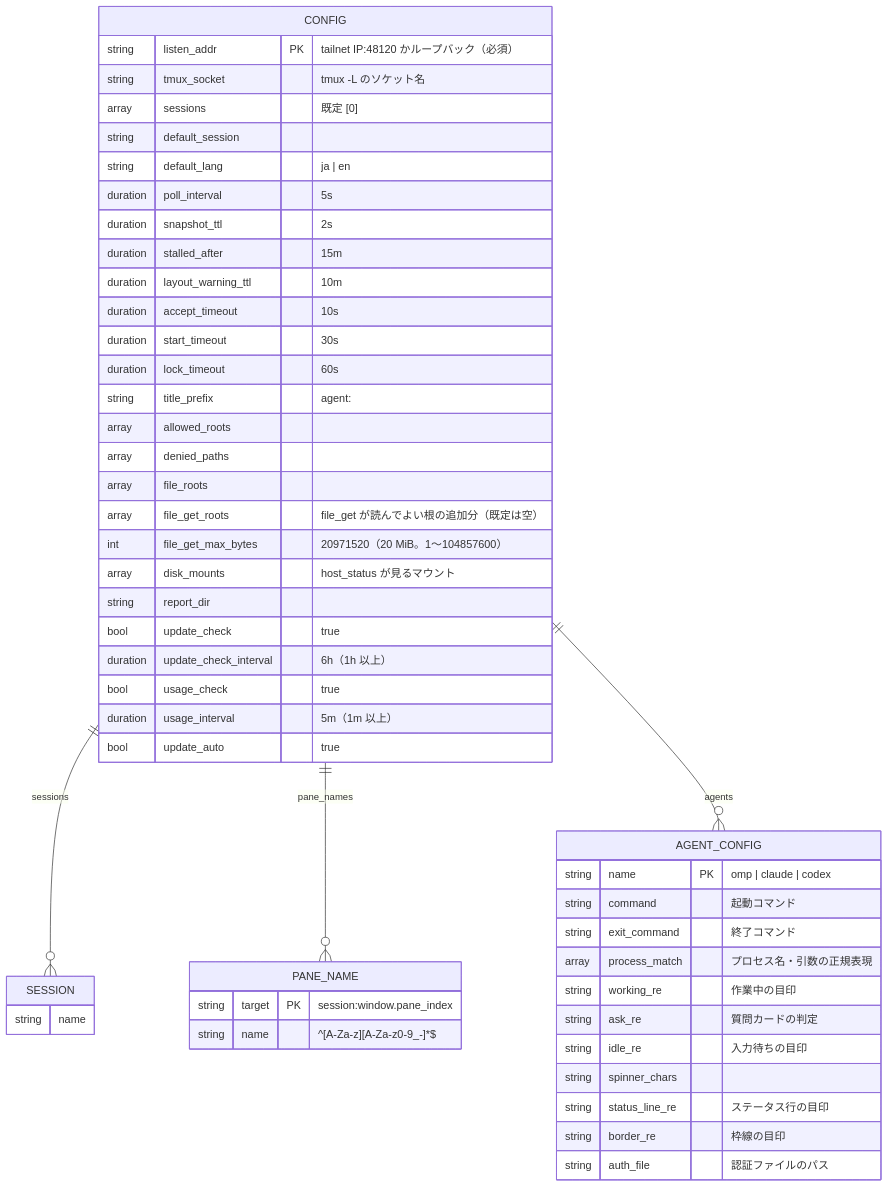
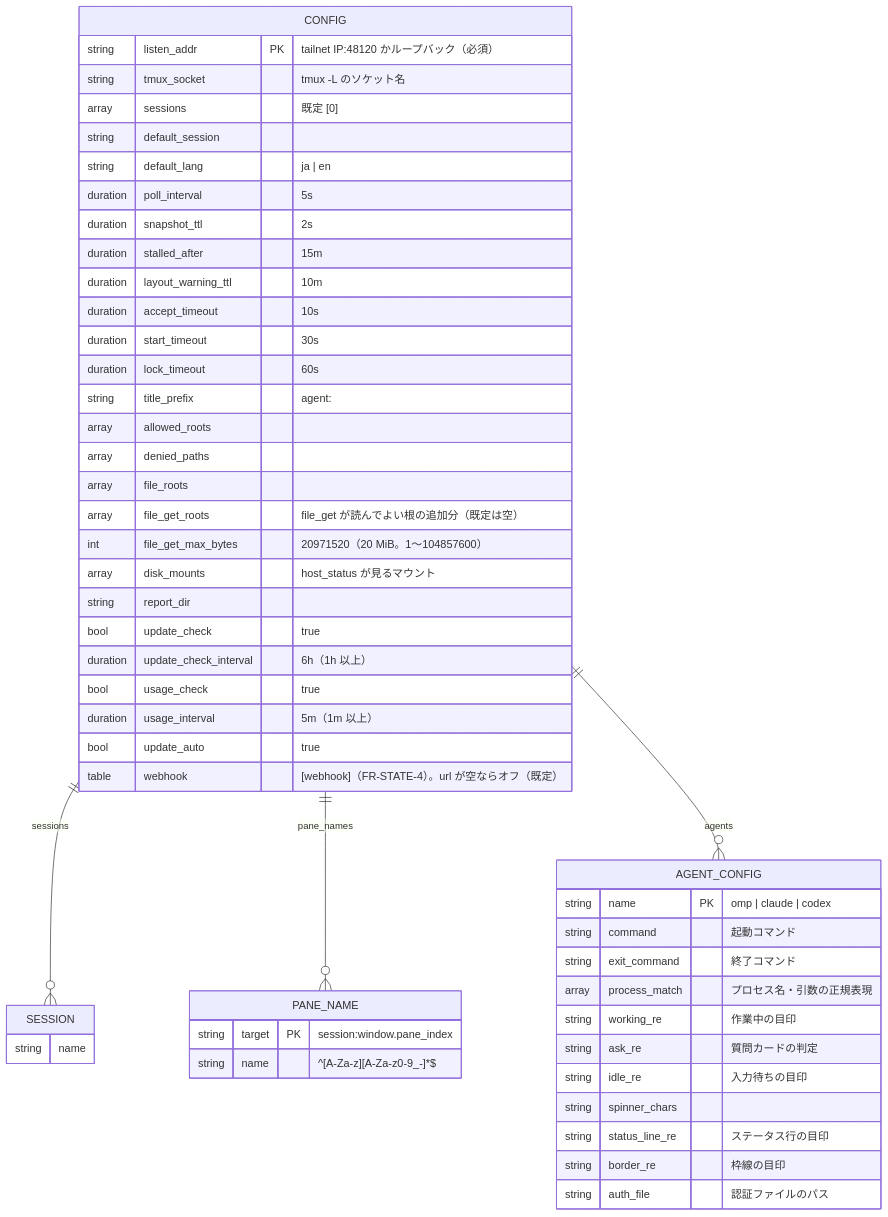
The first of 2 diagrams in docs/architecture/er-config.md (ousiassllc/swarm-console), drawn with Mermaid before and after one commit. The commit also changed other lines of this file and 8 other files, not shown here.

````diff
--- a/docs/architecture/er-config.md
+++ b/docs/architecture/er-config.md
@@ -9,54 +9,55 @@
 ```mermaid
 erDiagram
     CONFIG ||--o{ SESSION : "sessions"
     CONFIG ||--o{ PANE_NAME : "pane_names"
     CONFIG ||--o{ AGENT_CONFIG : "agents"
 
     CONFIG {
         string listen_addr PK "tailnet IP:48120 かループバック（必須）"
         string tmux_socket "tmux -L のソケット名"
         array sessions "既定 [0]"
         string default_session
         string default_lang "ja | en"
         duration poll_interval "5s"
         duration snapshot_ttl "2s"
         duration stalled_after "15m"
         duration layout_warning_ttl "10m"
         duration accept_timeout "10s"
         duration start_timeout "30s"
         duration lock_timeout "60s"
         string title_prefix "agent: "
         array allowed_roots
         array denied_paths
         array file_roots
         array file_get_roots "file_get が読んでよい根の追加分（既定は空）"
         int file_get_max_bytes "20971520（20 MiB。1〜104857600）"
         array disk_mounts "host_status が見るマウント"
         string report_dir
         bool update_check "true"
         duration update_check_interval "6h（1h 以上）"
         bool usage_check "true"
         duration usage_interval "5m（1m 以上）"
         bool update_auto "true"
+        table webhook "[webhook]（FR-STATE-4）。url が空ならオフ（既定）"
     }
     SESSION {
         string name
     }
     PANE_NAME {
         string target PK "session:window.pane_index"
         string name "^[A-Za-z][A-Za-z0-9_-]*$"
     }
     AGENT_CONFIG {
         string name PK "omp | claude | codex"
         string command "起動コマンド"
         string exit_command "終了コマンド"
         array process_match "プロセス名・引数の正規表現"
         string working_re "作業中の目印"
         string ask_re "質問カードの判定"
         string idle_re "入力待ちの目印"
         string spinner_chars
         string status_line_re "ステータス行の目印"
         string border_re "枠線の目印"
         string auth_file "認証ファイルのパス"
     }
 ```
````
